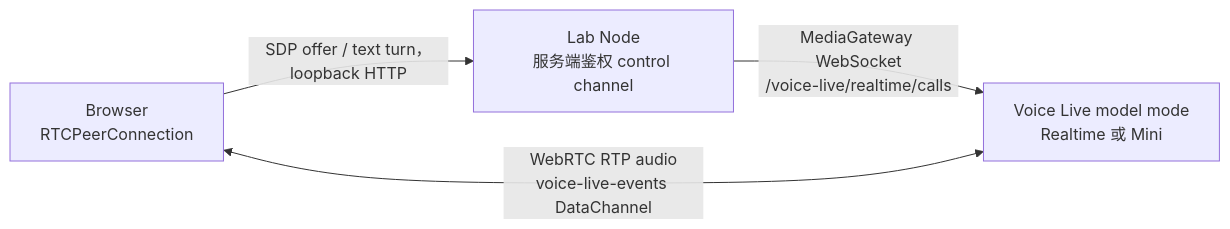
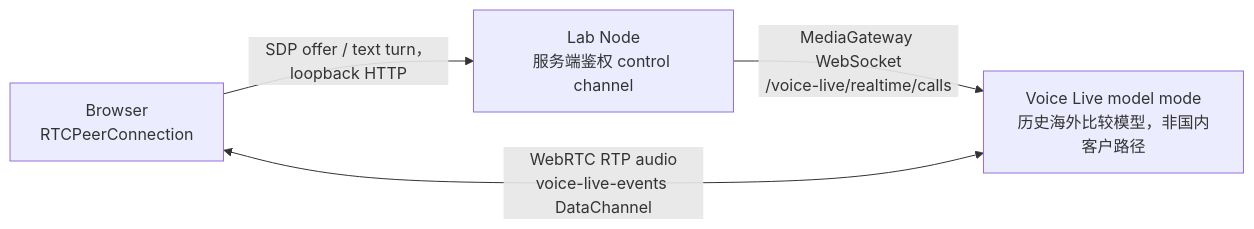
One commit to ZhaoChaoqun/voice-agent changed the third of 4 diagrams in samples/haier-voice-home/ARCHITECTURE.md. Above: the diagram before and after it, drawn with Mermaid. The commit also changed other lines of this file and 26 other files, not shown here.

````diff
--- a/samples/haier-voice-home/ARCHITECTURE.md
+++ b/samples/haier-voice-home/ARCHITECTURE.md
@@ -154,6 +154,6 @@
 ```mermaid
 flowchart LR
   B["Browser<br/>RTCPeerConnection"] -->|"SDP offer / text turn，loopback HTTP"| N["Lab Node<br/>服务端鉴权 control channel"]
-  N -->|"MediaGateway WebSocket<br/>/voice-live/realtime/calls"| L["Voice Live model mode<br/>Realtime 或 Mini"]
+  N -->|"MediaGateway WebSocket<br/>/voice-live/realtime/calls"| L["Voice Live model mode<br/>历史海外比较模型，非国内客户路径"]
   B <-->|"WebRTC RTP audio<br/>voice-live-events DataChannel"| L
 ```
````
